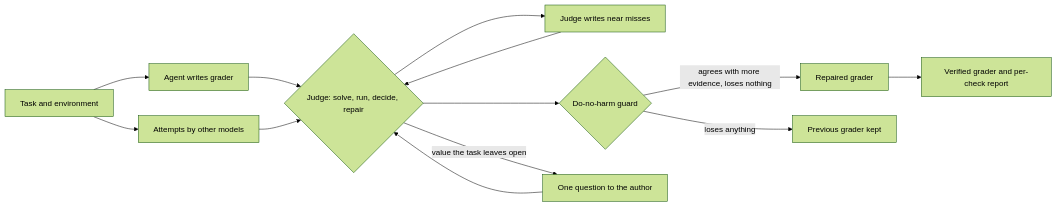
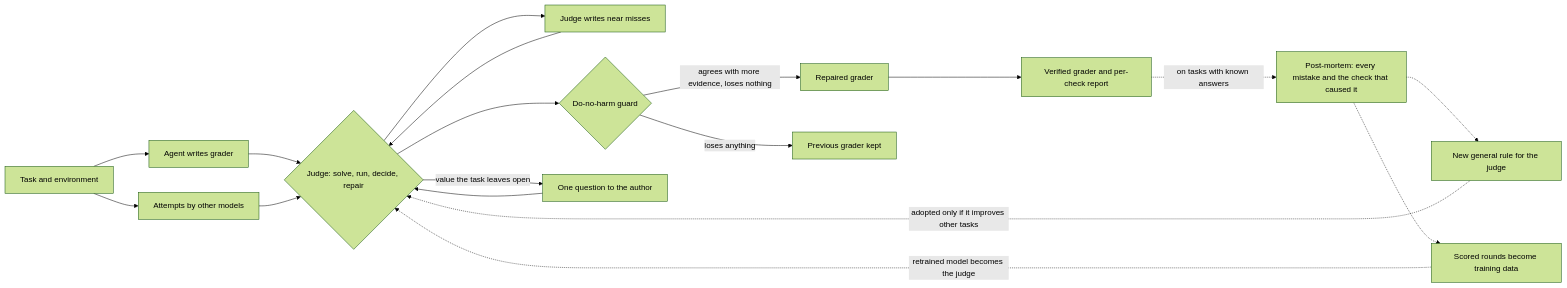
One commit to anilAlla666/projects changed the first of 2 diagrams in REPORT.md. Above: the diagram before and after it, drawn with Mermaid (forest theme). The commit also changed other lines of this file, not shown here.

Commit message:
Report: the first loop diagram shows the recursive learning path

````diff
--- a/REPORT.md
+++ b/REPORT.md
@@ -83,16 +83,21 @@
 ```mermaid
 
 flowchart LR
   T[Task and environment] --> W[Agent writes grader]
   T --> S[Attempts by other models]
   W --> L{Judge: solve, run, decide, repair}
   S --> L
   L --> N[Judge writes near misses]
   N --> L
   L --> G{Do-no-harm guard}
   G -- agrees with more evidence, loses nothing --> R[Repaired grader]
   G -- loses anything --> K[Previous grader kept]
   L -- value the task leaves open --> A[One question to the author]
   A --> L
   R --> V[Verified grader and per-check report]
+  V -. on tasks with known answers .-> PM[Post-mortem: every mistake and the check that caused it]
+  PM -.-> RB[New general rule for the judge]
+  RB -. adopted only if it improves other tasks .-> L
+  PM -.-> TD[Scored rounds become training data]
+  TD -. retrained model becomes the judge .-> L
 ```
````
